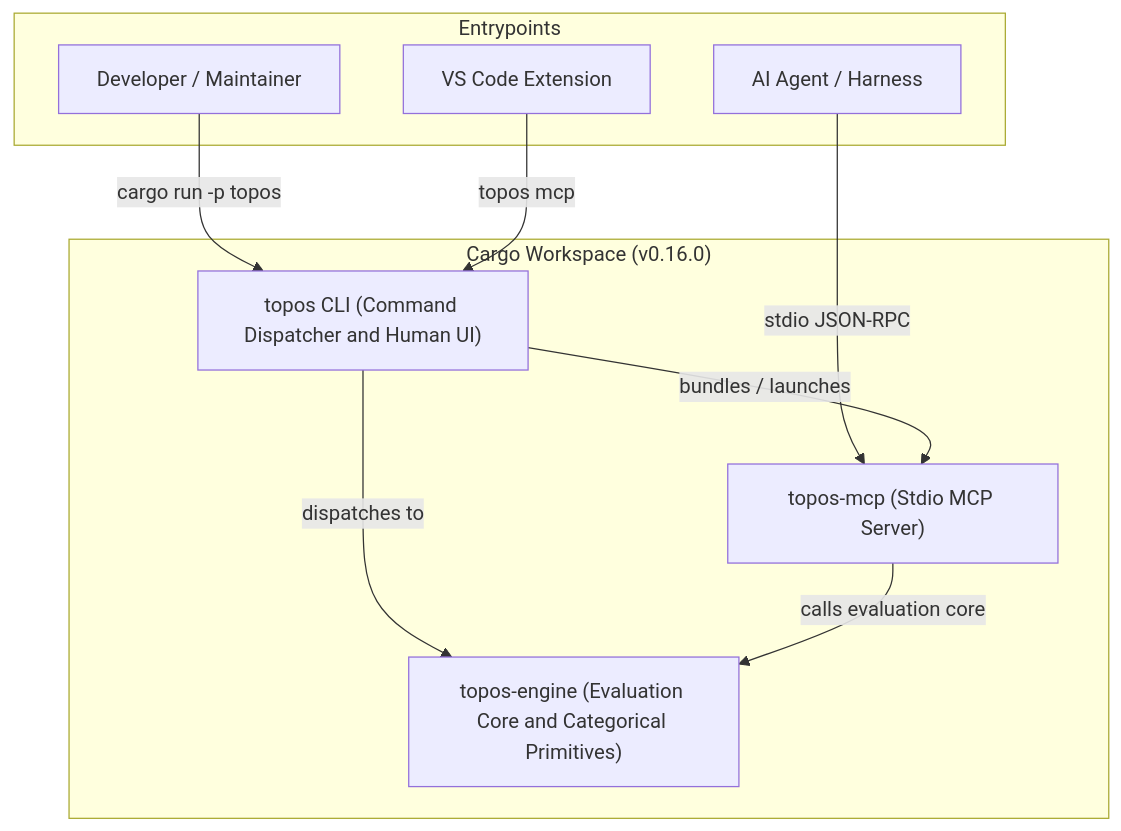
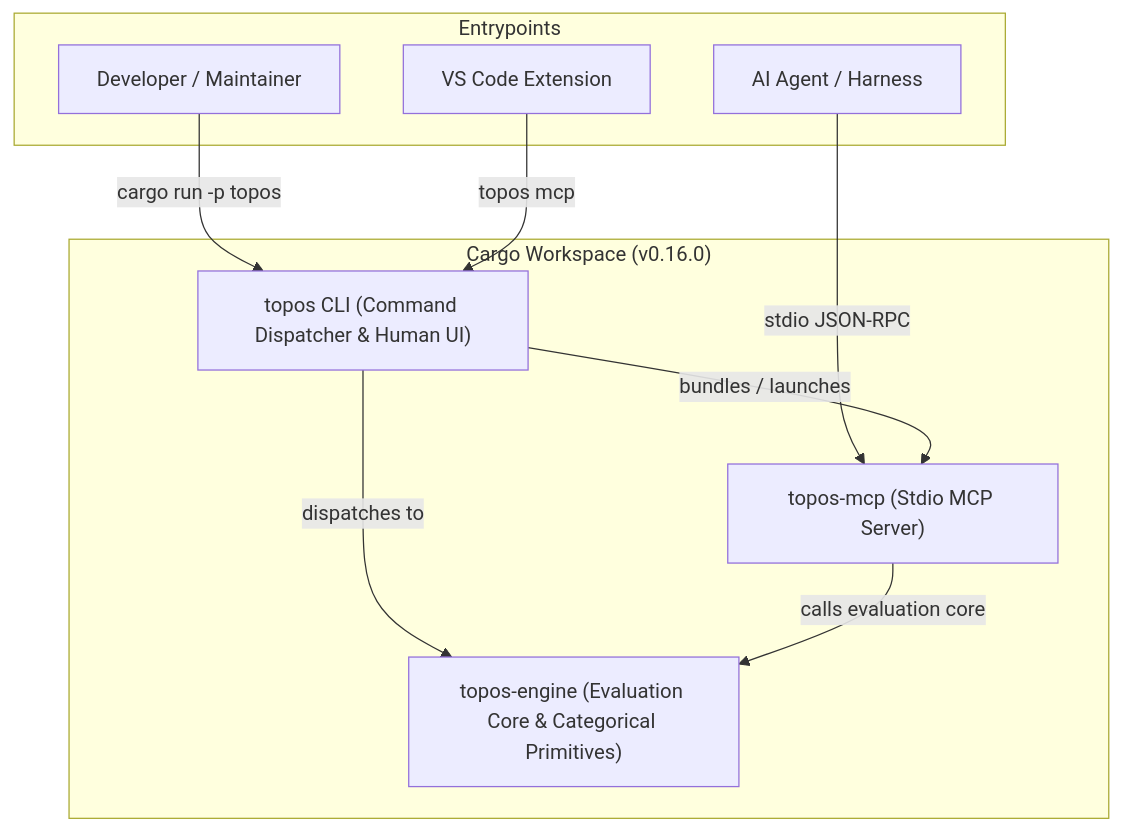
The first of 2 diagrams in openwiki/quickstart.md (Krv-Labs/topos), drawn with Mermaid before and after one commit. The commit also changed other lines of this file and 20 other files, not shown here.

````diff
--- a/openwiki/quickstart.md
+++ b/openwiki/quickstart.md
@@ -49,21 +49,21 @@
 ```mermaid
 flowchart TD
     subgraph Workspace ["Cargo Workspace (v0.16.0)"]
-        Engine["topos-engine (Evaluation Core and Categorical Primitives)"]
-        CLI["topos CLI (Command Dispatcher and Human UI)"]
+        Engine["topos-engine (Evaluation Core & Categorical Primitives)"]
+        CLI["topos CLI (Command Dispatcher & Human UI)"]
         MCP["topos-mcp (Stdio MCP Server)"]
     end
 
     subgraph Entrypoints
         Developer["Developer / Maintainer"]
         Agent["AI Agent / Harness"]
         VSCode["VS Code Extension"]
     end
 
     Developer -->|cargo run -p topos| CLI
     Agent -->|stdio JSON-RPC| MCP
     VSCode -->|topos mcp| CLI
     CLI -->|bundles / launches| MCP
     CLI -->|dispatches to| Engine
     MCP -->|calls evaluation core| Engine
 ```
````
